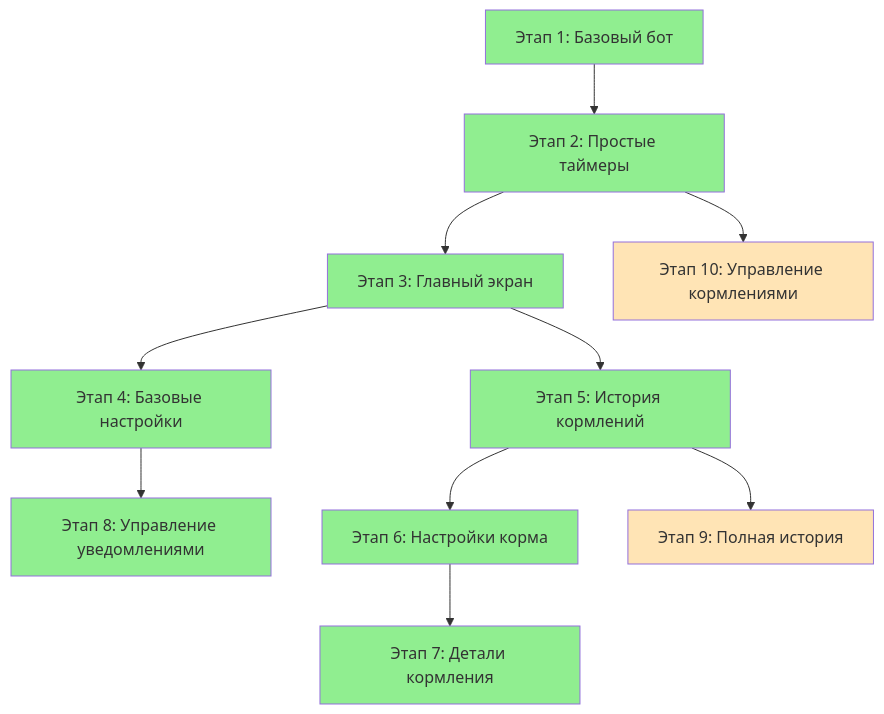
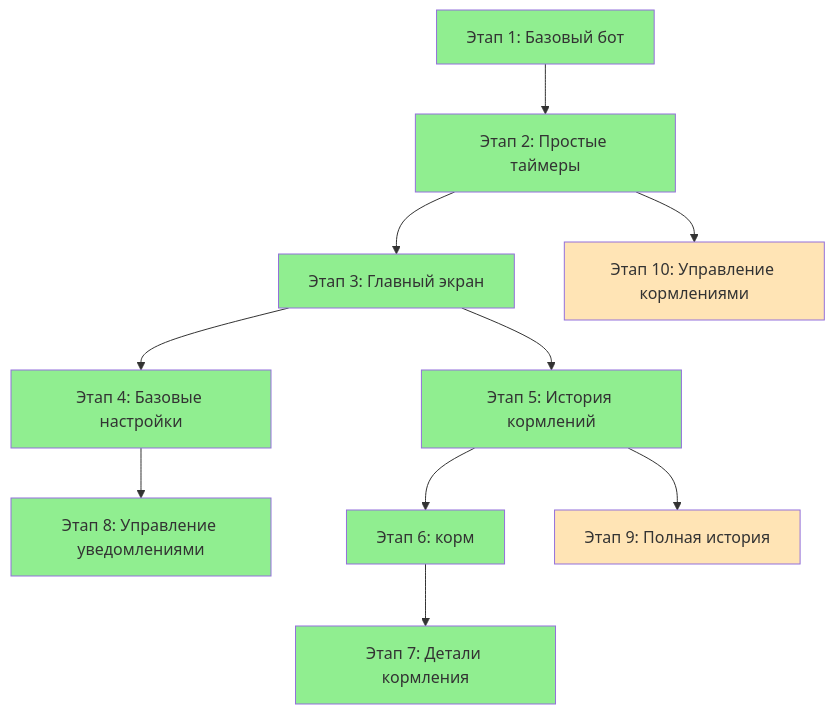
The diagram in docs/stages/stages-overview.md (makishvili/the-dog-feed), drawn with Mermaid before and after one commit. The commit also changed other lines of this file and 15 other files, not shown here.

````diff
--- a/docs/stages/stages-overview.md
+++ b/docs/stages/stages-overview.md
@@ -204,23 +204,23 @@
 ```mermaid
 graph TD
     A[Этап 1: Базовый бот] --> B[Этап 2: Простые таймеры]
     B --> C[Этап 3: Главный экран]
     C --> D[Этап 4: Базовые настройки]
     C --> E[Этап 5: История кормлений]
-    E --> F[Этап 6: Настройки корма]
+    E --> F[Этап 6: корм]
     F --> G[Этап 7: Детали кормления]
     D --> H[Этап 8: Управление уведомлениями]
     E --> I[Этап 9: Полная история]
     B --> J[Этап 10: Управление кормлениями]
     
     style A fill:#90EE90
     style B fill:#90EE90
     style C fill:#90EE90
     style D fill:#90EE90
     style E fill:#90EE90
     style F fill:#90EE90
     style G fill:#90EE90
     style H fill:#90EE90
     style I fill:#FFE4B5
     style J fill:#FFE4B5
 ```
````
